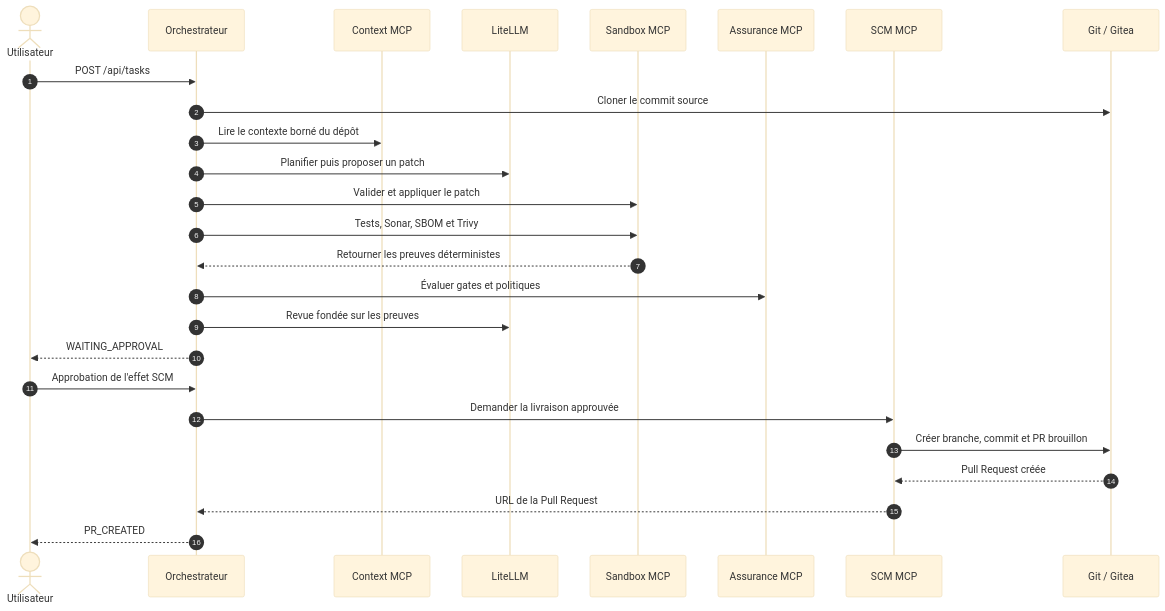
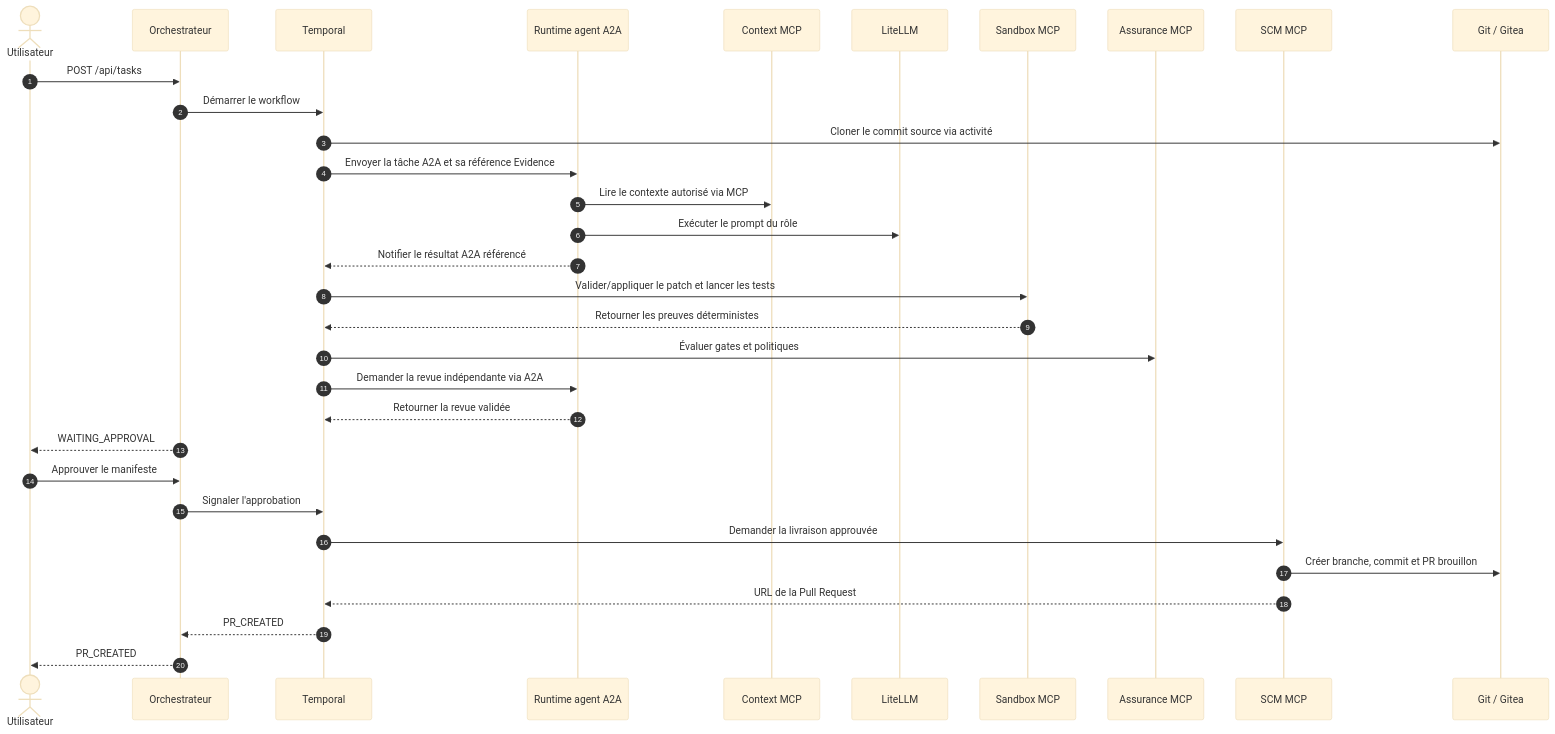
One commit to dbeaumont/ai-software-factory-local changed the third of 4 diagrams in README.md. Above: the diagram before and after it, drawn with Mermaid (base theme). The commit also changed other lines of this file and 2 other files, not shown here.

Commit message:
docs(a2a): A2A-223 document post-cutover runtime

````diff
--- a/README.md
+++ b/README.md
@@ -191,29 +189,35 @@
 ```mermaid
 sequenceDiagram
   autonumber
   actor U as Utilisateur
   participant API as Orchestrateur
+  participant T as Temporal
+  participant R as Runtime agent A2A
   participant C as Context MCP
   participant L as LiteLLM
   participant S as Sandbox MCP
   participant A as Assurance MCP
   participant M as SCM MCP
   participant G as Git / Gitea
 
   U->>API: POST /api/tasks
-  API->>G: Cloner le commit source
-  API->>C: Lire le contexte borné du dépôt
-  API->>L: Planifier puis proposer un patch
-  API->>S: Valider et appliquer le patch
-  API->>S: Tests, Sonar, SBOM et Trivy
-  S-->>API: Retourner les preuves déterministes
-  API->>A: Évaluer gates et politiques
-  API->>L: Revue fondée sur les preuves
+  API->>T: Démarrer le workflow
+  T->>G: Cloner le commit source via activité
+  T->>R: Envoyer la tâche A2A et sa référence Evidence
+  R->>C: Lire le contexte autorisé via MCP
+  R->>L: Exécuter le prompt du rôle
+  R-->>T: Notifier le résultat A2A référencé
+  T->>S: Valider/appliquer le patch et lancer les tests
+  S-->>T: Retourner les preuves déterministes
+  T->>A: Évaluer gates et politiques
+  T->>R: Demander la revue indépendante via A2A
+  R-->>T: Retourner la revue validée
   API-->>U: WAITING_APPROVAL
-  U->>API: Approbation de l'effet SCM
-  API->>M: Demander la livraison approuvée
+  U->>API: Approuver le manifeste
+  API->>T: Signaler l'approbation
+  T->>M: Demander la livraison approuvée
   M->>G: Créer branche, commit et PR brouillon
-  G-->>M: Pull Request créée
-  M-->>API: URL de la Pull Request
+  M-->>T: URL de la Pull Request
+  T-->>API: PR_CREATED
   API-->>U: PR_CREATED
 ```
````
